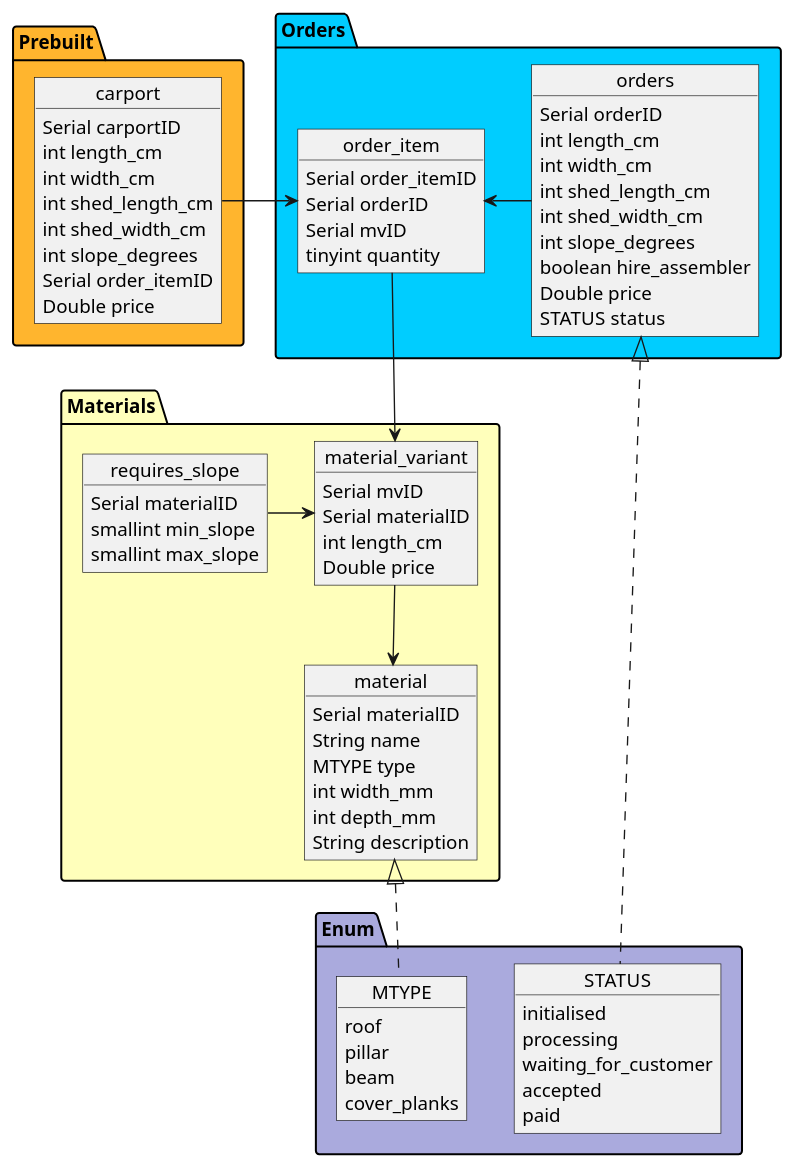
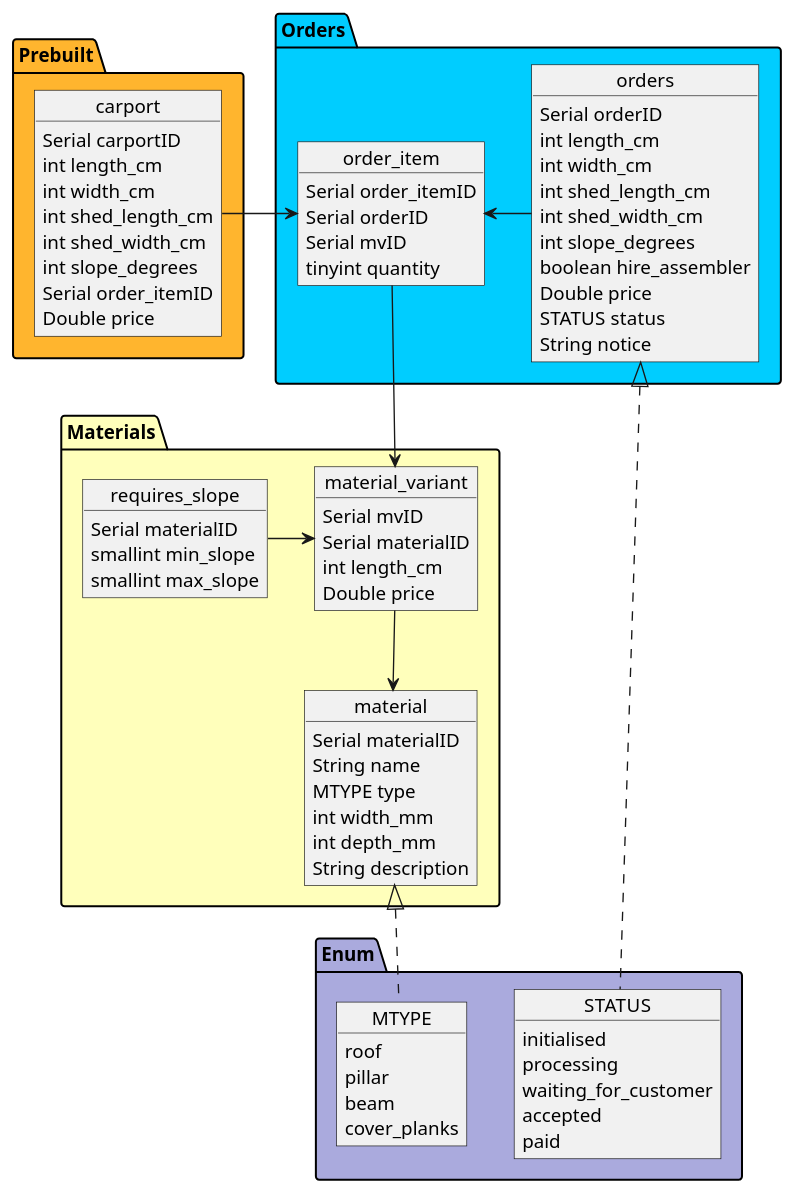
Before and after one commit to SirRolin/Carport---GroupB: the diagram in docs/UML/To-Be/ERD/ERD.puml, drawn with PlantUML. The commit also changed 6 other files, not shown here.

```diff
--- a/docs/UML/To-Be/ERD/ERD.puml
+++ b/docs/UML/To-Be/ERD/ERD.puml
@@ -1,83 +1,84 @@
 @startuml
 package "Prebuilt" #FFB52E {
     Object carport {
         Serial carportID
         int length_cm
         int width_cm
         int shed_length_cm
         int shed_width_cm
         int slope_degrees
         Serial order_itemID
         Double price
     }
 }
 
 package "Materials" #ffb {
     Object material_variant {
         Serial mvID
         Serial materialID
         int length_cm
         Double price
     }
     Object material {
         Serial materialID
         String name
         MTYPE type
         int width_mm
         int depth_mm
         String description
     }
 
     'nice to have - if a material has this it's a roof that requires a slope
     Object requires_slope {
         Serial materialID
         smallint min_slope
         smallint max_slope
     }
 }
 
 package "Orders" #00CDFF {
     Object order_item {
         Serial order_itemID
         Serial orderID
         Serial mvID
         tinyint quantity
     }
     Object orders {
         Serial orderID
         int length_cm
         int width_cm
         int shed_length_cm
         int shed_width_cm
         int slope_degrees
         boolean hire_assembler
         Double price
         STATUS status
+        String notice
     }
 }
 
 package Enum #aad {
     Object STATUS {
         initialised
         processing
         waiting_for_customer
         accepted
         paid
     }
     Object MTYPE {
         roof
         pillar
         beam
         cover_planks
     }
 }
 
 orders <|.. STATUS
 material <|.. MTYPE
 order_item --> material_variant
 carport -> order_item
 order_item <- orders
 material_variant --> material
 requires_slope -> material_variant
 
 @enduml
```
